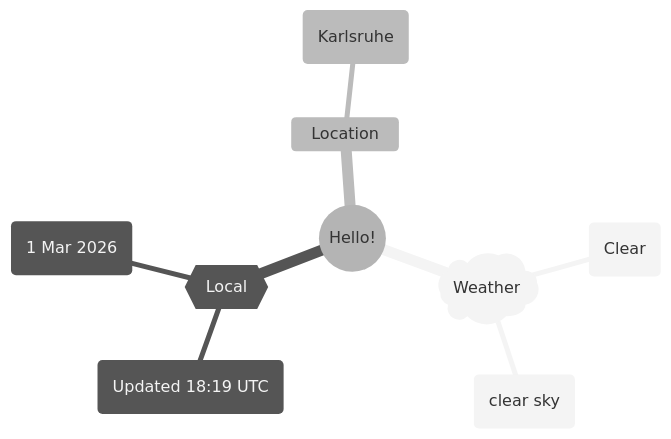
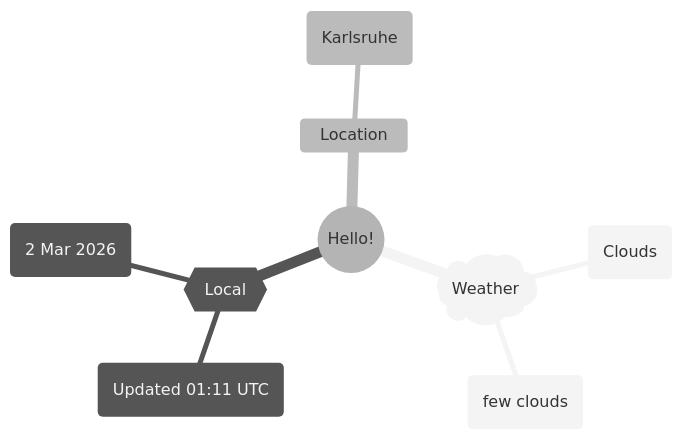
The first of 2 diagrams in README.md (Xosrov/Xosrov), drawn with Mermaid (neutral theme) before and after one commit.

Commit message:
[bot] updated images

````diff
--- a/README.md
+++ b/README.md
@@ -3,12 +3,12 @@
 ```mermaid
 mindmap
   root((Hello!))
     )Weather(
-        (Clear)
-        (clear sky)
+        (Clouds)
+        (few clouds)
     {{Local}}
-        (Updated 18:19 UTC)
-        (1 Mar 2026)
+        (Updated 01:11 UTC)
+        (2 Mar 2026)
     Location
         (Karlsruhe)
 ```
````
